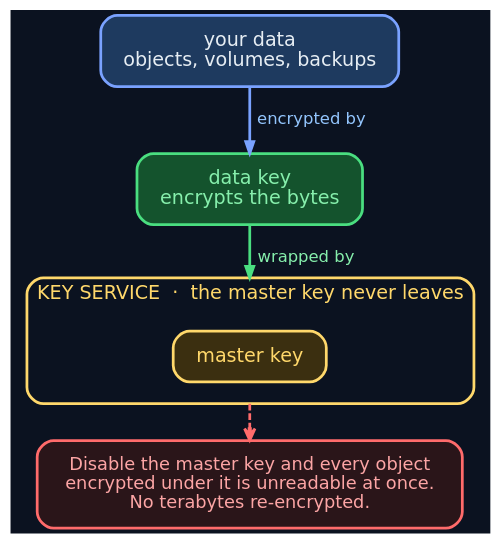
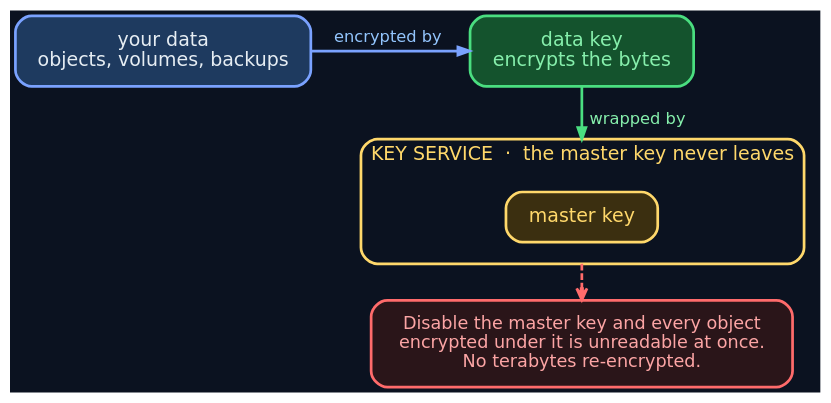
One commit to FM-256/hexworth-prime changed the diagram in _planning/cse-visuals/ch4/envelope-encryption.dot. Above: the diagram before and after it, drawn with Graphviz. The commit also changed 3 other files, not shown here.

First line of the commit message:
CSE deck: fix ch4 overflow and the probe that failed to catch it

```diff
--- a/_planning/cse-visuals/ch4/envelope-encryption.dot
+++ b/_planning/cse-visuals/ch4/envelope-encryption.dot
@@ -1,62 +1,71 @@
 /*
  * CSE companion deck -- CH4 "Key management is the actual subject"
  *
  * Route: s4 process flow with a fixed order. Envelope encryption is a chain where the
  * ORDER and the CONTAINMENT are the lesson (the data key is wrapped by a master key
  * that never leaves the key service). Illustration cannot be trusted to keep a chain
  * in order; dot can.
  *
  * The teaching payload is the last edge: disable the master key and every object
  * encrypted under it becomes unreadable at once, with no terabytes re-encrypted.
  * That is why rotation and revocation are key-service operations.
  *
  * Anchors: 5 (data, data key, master key, key service, the kill switch).
  *
  * RENDER: dot -Tpng -Gdpi=192 envelope-encryption.dot -o out.png  then Pillow -> webp q92
  * _planning/ is gitignored -- `git add -f`.
  */
 digraph envelope_encryption {
   bgcolor  = "#0b1220";
-  /* TB, not LR: LR renders this four-link chain at 9.6:1 -- a strip that is unreadable
-     once scaled into the deck's ~1.4:1 visual panel. Stacking keeps it near square. */
+  /* ASPECT IS A CORRECTNESS CONSTRAINT HERE, not taste. Two failed shapes:
+       rankdir=LR  -> 9.6:1, an unreadable strip.
+       rankdir=TB with all four links stacked -> 990x1075 (0.92, portrait). At 560px
+         panel width that renders 608px tall inside a ~437px panel and CLIPPED the
+         diagram's top border and its entire caption at 1024x600 and 1280x720.
+         The `.slide-visual` scroll hid it instead of showing a visible break.
+       Fix: keep TB but put `data` and `data key` on the SAME rank so the chain folds
+       into three ranks instead of four -- wider, shorter, and it fits. Every other
+       visual in this deck is landscape (1.19 to 1.83); this one must be too. */
   rankdir  = TB;
   compound = true;
   fontname = "DejaVu Sans";
   nodesep  = 0.34;
   ranksep  = 0.5;
   margin   = 0.14;
 
   node [shape=box, style="filled,rounded", fontname="DejaVu Sans", fontsize=14,
         penwidth=2, margin="0.24,0.15"];
   edge [fontname="DejaVu Sans", fontsize=12, penwidth=2, arrowsize=0.85];
 
   data [label="your data\nobjects, volumes, backups",
         fillcolor="#1e3a5f", color="#7aa2ff", fontcolor="#e6edf3"];
 
   dek  [label="data key\nencrypts the bytes",
         fillcolor="#14532d", color="#4ade80", fontcolor="#86efac"];
 
   subgraph cluster_kms {
     label     = "KEY SERVICE  ·  the master key never leaves";
     fontcolor = "#ffd86b";
     fontsize  = 14;
     color     = "#ffd86b";
     style     = "rounded";
     penwidth  = 2;
     margin    = 16;
 
     cmk [label="master key",
          fillcolor="#3b2f10", color="#ffd86b", fontcolor="#ffd86b"];
   }
 
+  /* Fold the first link onto one rank -- this is what keeps the render landscape. */
+  { rank=same; data; dek; }
   data -> dek [label="  encrypted by  ", color="#7aa2ff", fontcolor="#93c5fd"];
   dek  -> cmk [label="  wrapped by  ", color="#4ade80", fontcolor="#86efac",
                lhead="cluster_kms"];
 
   /* The kill switch -- the sentence the whole slide exists to deliver. */
   kill [label="Disable the master key and every object\nencrypted under it is unreadable at once.\nNo terabytes re-encrypted.",
         shape=box, style="filled,rounded", fillcolor="#2a1519",
         color="#ff6b6b", fontcolor="#fca5a5", fontsize=13, penwidth=2];
   cmk -> kill [color="#ff6b6b", style=dashed, arrowhead=vee,
                ltail="cluster_kms"];
 }
```
